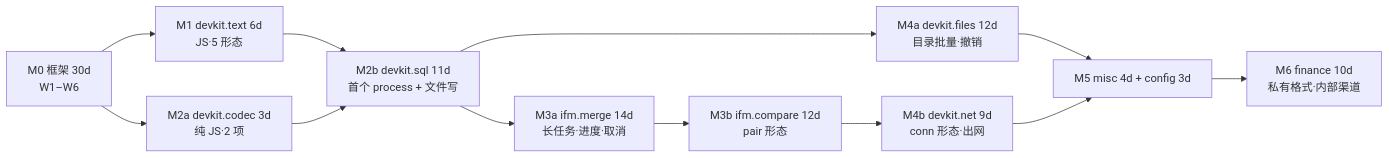
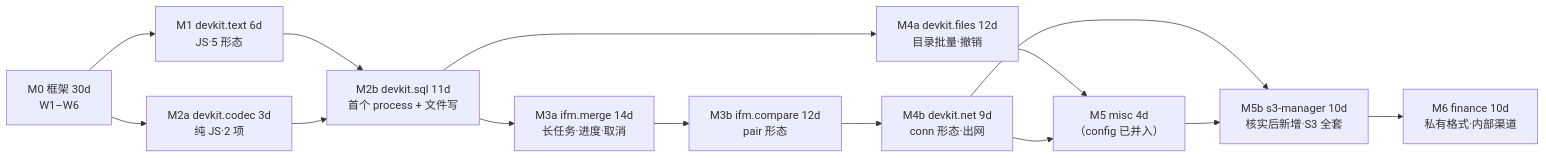
The diagram in docs/ifm-plugin-port-plan.md (HanoCode/gpui-toolbox), drawn with Mermaid before and after one commit. The commit also changed other lines of this file and 306 other files, not shown here.

````diff
--- a/docs/ifm-plugin-port-plan.md
+++ b/docs/ifm-plugin-port-plan.md
@@ -201,14 +259,16 @@
 ```mermaid
 graph LR
   M0["M0 框架 30d<br/>W1–W6"] --> M1["M1 devkit.text 6d<br/>JS·5 形态"]
   M0 --> M2a["M2a devkit.codec 3d<br/>纯 JS·2 项"]
   M1 --> M2b["M2b devkit.sql 11d<br/>首个 process + 文件写"]
   M2a --> M2b
   M2b --> M3a["M3a ifm.merge 14d<br/>长任务·进度·取消"]
   M3a --> M3b["M3b ifm.compare 12d<br/>pair 形态"]
   M2b --> M4a["M4a devkit.files 12d<br/>目录批量·撤销"]
   M3b --> M4b["M4b devkit.net 9d<br/>conn 形态·出网"]
-  M4a --> M5["M5 misc 4d + config 3d"]
+  M4a --> M5["M5 misc 4d<br/>（config 已并入）"]
   M4b --> M5
-  M5 --> M6["M6 finance 10d<br/>私有格式·内部渠道"]
+  M4b --> M5b["M5b s3-manager 10d<br/>核实后新增·S3 全套"]
+  M5 --> M5b
+  M5b --> M6["M6 finance 10d<br/>私有格式·内部渠道"]
 ```
````
